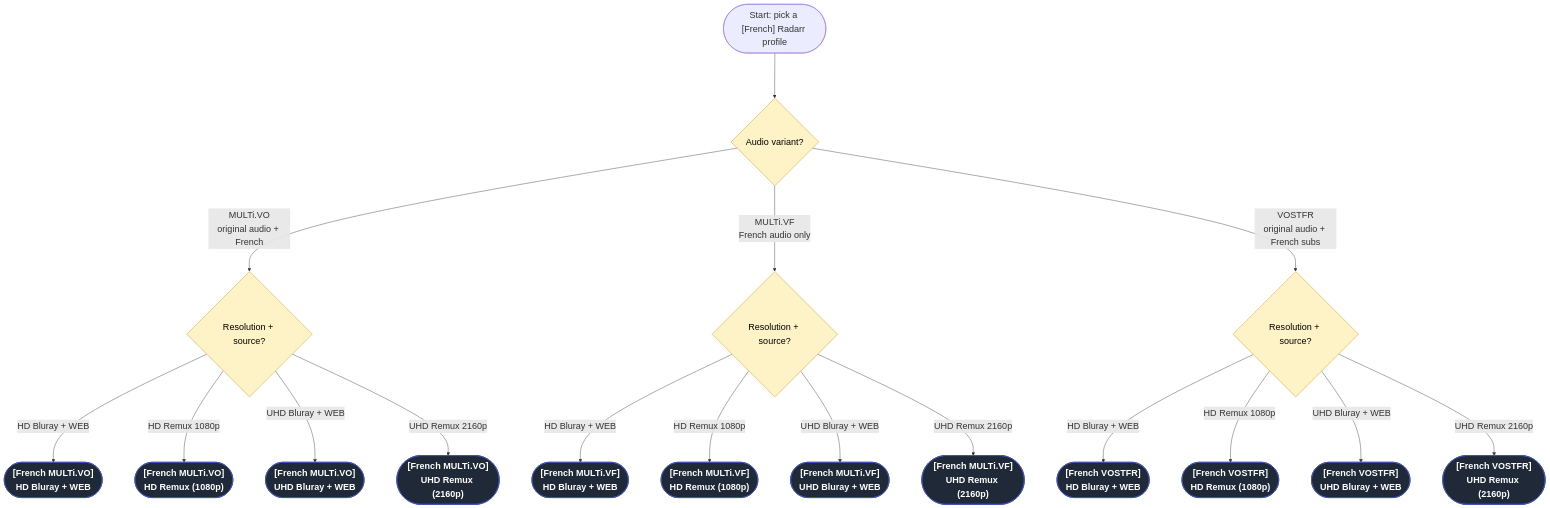
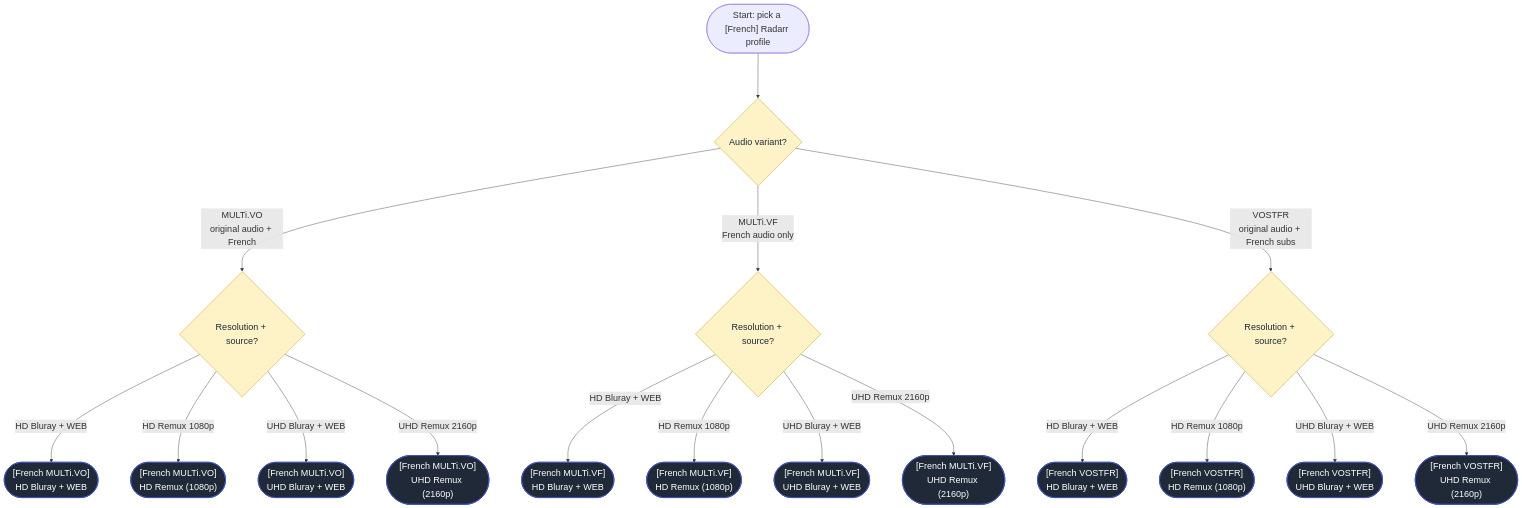
Before and after one commit to TRaSH-Guides/Guides: the diagram in includes/starr/_pick-a-profile-chart-radarr-french.md, drawn with Mermaid. The commit also changed 12 other files, not shown here.

Commit message:
fix(starr): Fix flowchart text contrast and overflow, collapse inline charts

````diff
--- a/includes/starr/_pick-a-profile-chart-radarr-french.md
+++ b/includes/starr/_pick-a-profile-chart-radarr-french.md
@@ -2,29 +2,29 @@
 ```mermaid
 %%{init: {"flowchart": {"useMaxWidth": false, "htmlLabels": true, "curve": "basis", "nodeSpacing": 80, "rankSpacing": 110, "padding": 20}, "themeVariables": {"fontSize": "22px"}}}%%
 flowchart TD
-    START(["Start: pick a [French] Radarr profile"]) --> VAR{Audio variant?}
+    START(["Start: pick a [French] Radarr profile"]) --> VAR{"<span style='color:#1f2937'>Audio variant?</span>"}
 
-    VAR -->|MULTi.VO<br/>original audio + French| VO_RES{Resolution + source?}
-    VAR -->|MULTi.VF<br/>French audio only| VF_RES{Resolution + source?}
-    VAR -->|VOSTFR<br/>original audio + French subs| VOS_RES{Resolution + source?}
+    VAR -->|MULTi.VO<br/>original audio + French| VO_RES{"<span style='color:#1f2937'>Resolution + source?</span>"}
+    VAR -->|MULTi.VF<br/>French audio only| VF_RES{"<span style='color:#1f2937'>Resolution + source?</span>"}
+    VAR -->|VOSTFR<br/>original audio + French subs| VOS_RES{"<span style='color:#1f2937'>Resolution + source?</span>"}
 
-    VO_RES -->|HD Bluray + WEB| P_VO_HD(["[French MULTi.VO]<br/>HD Bluray + WEB"])
-    VO_RES -->|HD Remux 1080p| P_VO_HDR(["[French MULTi.VO]<br/>HD Remux (1080p)"])
-    VO_RES -->|UHD Bluray + WEB| P_VO_UHD(["[French MULTi.VO]<br/>UHD Bluray + WEB"])
-    VO_RES -->|UHD Remux 2160p| P_VO_UHDR(["[French MULTi.VO]<br/>UHD Remux (2160p)"])
+    VO_RES -->|HD Bluray + WEB| P_VO_HD(["<span style='color:#fff'>[French MULTi.VO]<br/>HD Bluray + WEB</span>"])
+    VO_RES -->|HD Remux 1080p| P_VO_HDR(["<span style='color:#fff'>[French MULTi.VO]<br/>HD Remux (1080p)</span>"])
+    VO_RES -->|UHD Bluray + WEB| P_VO_UHD(["<span style='color:#fff'>[French MULTi.VO]<br/>UHD Bluray + WEB</span>"])
+    VO_RES -->|UHD Remux 2160p| P_VO_UHDR(["<span style='color:#fff'>[French MULTi.VO]<br/>UHD Remux (2160p)</span>"])
 
-    VF_RES -->|HD Bluray + WEB| P_VF_HD(["[French MULTi.VF]<br/>HD Bluray + WEB"])
-    VF_RES -->|HD Remux 1080p| P_VF_HDR(["[French MULTi.VF]<br/>HD Remux (1080p)"])
-    VF_RES -->|UHD Bluray + WEB| P_VF_UHD(["[French MULTi.VF]<br/>UHD Bluray + WEB"])
-    VF_RES -->|UHD Remux 2160p| P_VF_UHDR(["[French MULTi.VF]<br/>UHD Remux (2160p)"])
+    VF_RES -->|HD Bluray + WEB| P_VF_HD(["<span style='color:#fff'>[French MULTi.VF]<br/>HD Bluray + WEB</span>"])
+    VF_RES -->|HD Remux 1080p| P_VF_HDR(["<span style='color:#fff'>[French MULTi.VF]<br/>HD Remux (1080p)</span>"])
+    VF_RES -->|UHD Bluray + WEB| P_VF_UHD(["<span style='color:#fff'>[French MULTi.VF]<br/>UHD Bluray + WEB</span>"])
+    VF_RES -->|UHD Remux 2160p| P_VF_UHDR(["<span style='color:#fff'>[French MULTi.VF]<br/>UHD Remux (2160p)</span>"])
 
-    VOS_RES -->|HD Bluray + WEB| P_VOS_HD(["[French VOSTFR]<br/>HD Bluray + WEB"])
-    VOS_RES -->|HD Remux 1080p| P_VOS_HDR(["[French VOSTFR]<br/>HD Remux (1080p)"])
-    VOS_RES -->|UHD Bluray + WEB| P_VOS_UHD(["[French VOSTFR]<br/>UHD Bluray + WEB"])
-    VOS_RES -->|UHD Remux 2160p| P_VOS_UHDR(["[French VOSTFR]<br/>UHD Remux (2160p)"])
+    VOS_RES -->|HD Bluray + WEB| P_VOS_HD(["<span style='color:#fff'>[French VOSTFR]<br/>HD Bluray + WEB</span>"])
+    VOS_RES -->|HD Remux 1080p| P_VOS_HDR(["<span style='color:#fff'>[French VOSTFR]<br/>HD Remux (1080p)</span>"])
+    VOS_RES -->|UHD Bluray + WEB| P_VOS_UHD(["<span style='color:#fff'>[French VOSTFR]<br/>UHD Bluray + WEB</span>"])
+    VOS_RES -->|UHD Remux 2160p| P_VOS_UHDR(["<span style='color:#fff'>[French VOSTFR]<br/>UHD Remux (2160p)</span>"])
 
-    classDef leaf fill:#1f2937,stroke:#4051B5,stroke-width:2px,color:#fff,font-weight:bold;
-    classDef decision fill:#fef3c7,stroke:#ca8a04,color:#000;
+    classDef leaf fill:#1f2937,stroke:#4051B5,stroke-width:2px,color:#fff;
+    classDef decision fill:#fef3c7,stroke:#ca8a04,color:#1f2937;
     class P_VO_HD,P_VO_HDR,P_VO_UHD,P_VO_UHDR,P_VF_HD,P_VF_HDR,P_VF_UHD,P_VF_UHDR,P_VOS_HD,P_VOS_HDR,P_VOS_UHD,P_VOS_UHDR leaf;
     class VAR,VO_RES,VF_RES,VOS_RES decision;
 ```
````
